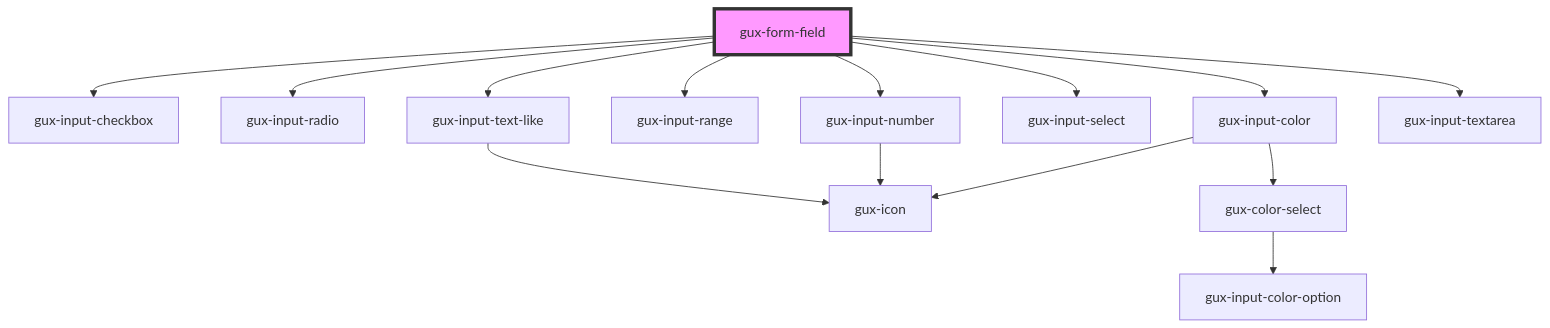
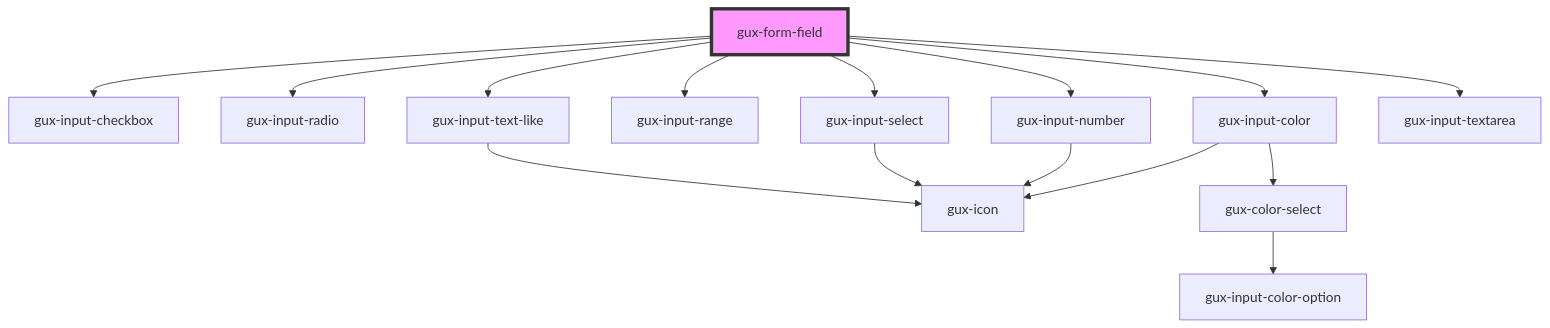
Before and after one commit to MyPureCloud/genesys-spark: the diagram in src/components/stable/gux-form-field/readme.md, drawn with Mermaid. The commit also changed 6 other files, not shown here.

First line of the commit message:
fix(gux-input-select): gux-input-select is now consistent across browsers

````diff
--- a/src/components/stable/gux-form-field/readme.md
+++ b/src/components/stable/gux-form-field/readme.md
@@ -39,17 +39,18 @@
 ```mermaid
 graph TD;
   gux-form-field --> gux-input-checkbox
   gux-form-field --> gux-input-radio
   gux-form-field --> gux-input-color
   gux-form-field --> gux-input-range
   gux-form-field --> gux-input-number
   gux-form-field --> gux-input-select
   gux-form-field --> gux-input-text-like
   gux-form-field --> gux-input-textarea
   gux-input-color --> gux-icon
   gux-input-color --> gux-color-select
   gux-color-select --> gux-input-color-option
   gux-input-number --> gux-icon
+  gux-input-select --> gux-icon
   gux-input-text-like --> gux-icon
   style gux-form-field fill:#f9f,stroke:#333,stroke-width:4px
 ```
````
